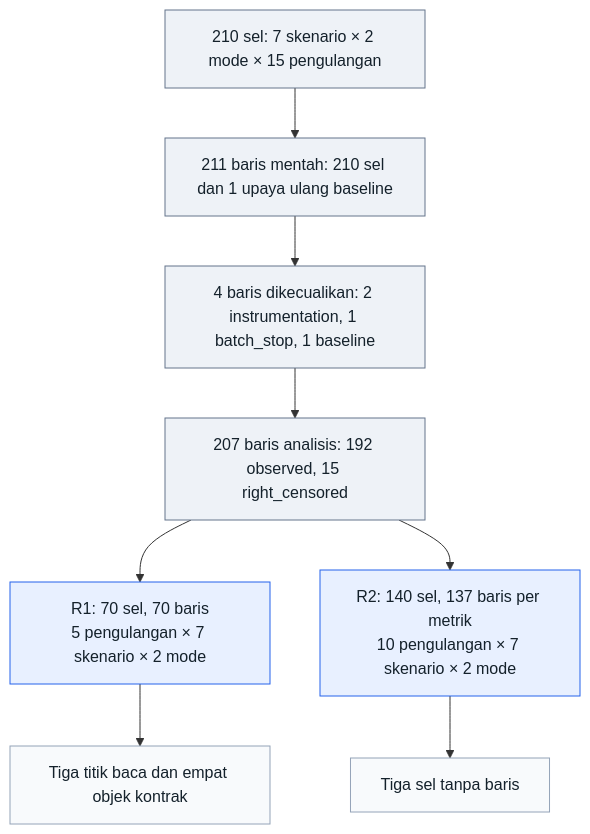
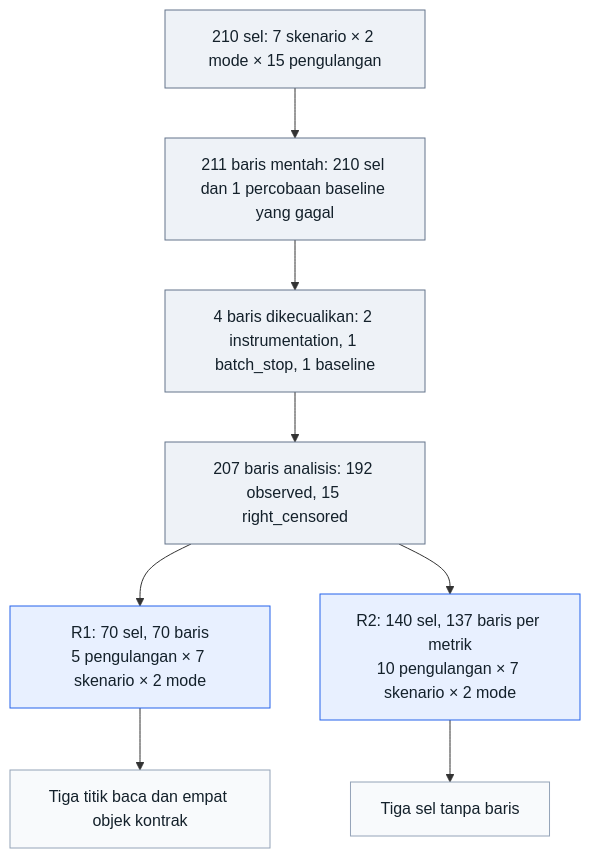
The diagram in content/skripsi/diagrams/src/fig-analysis-flow.mmd (vityasyyy/skripsi), drawn with Mermaid before and after one commit. The commit also changed 8 other files, not shown here.

```diff
--- a/content/skripsi/diagrams/src/fig-analysis-flow.mmd
+++ b/content/skripsi/diagrams/src/fig-analysis-flow.mmd
@@ -1,14 +1,14 @@
 flowchart TB
-  A["210 sel: 7 skenario × 2 mode × 15 pengulangan"] --> B["211 baris mentah: 210 sel dan 1 upaya ulang baseline"]
+  A["210 sel: 7 skenario × 2 mode × 15 pengulangan"] --> B["211 baris mentah: 210 sel dan 1 percobaan baseline yang gagal"]
   B --> C["4 baris dikecualikan: 2 instrumentation, 1 batch_stop, 1 baseline"]
   C --> D["207 baris analisis: 192 observed, 15 right_censored"]
   D --> R1["R1: 70 sel, 70 baris<br/>5 pengulangan × 7 skenario × 2 mode"]
   D --> R2["R2: 140 sel, 137 baris per metrik<br/>10 pengulangan × 7 skenario × 2 mode"]
   R1 --> E["Tiga titik baca dan empat objek kontrak"]
   R2 --> F["Tiga sel tanpa baris"]
   classDef count fill:#eef2f7,stroke:#64748b,color:#14212b;
   classDef branch fill:#e8f0ff,stroke:#2563eb,color:#14212b;
   classDef detail fill:#f8fafc,stroke:#94a3b8,color:#14212b;
   class A,B,C,D count;
   class R1,R2 branch;
   class E,F detail;
```
